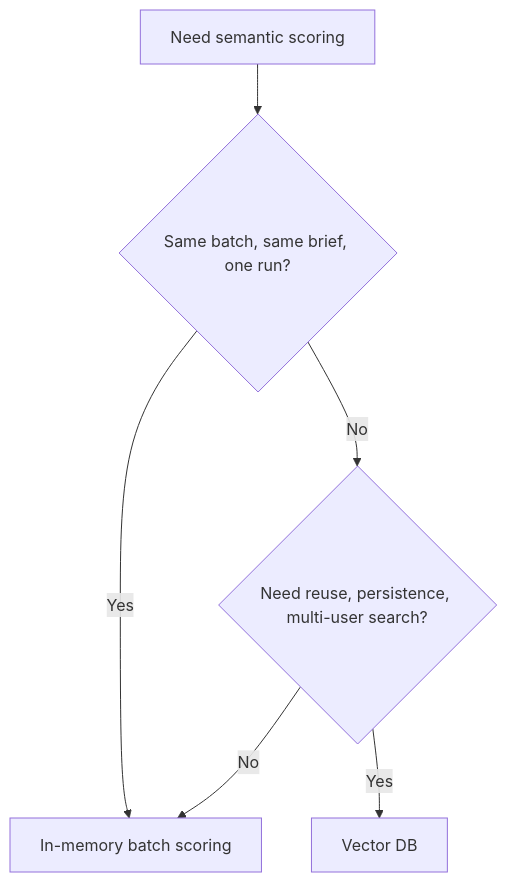
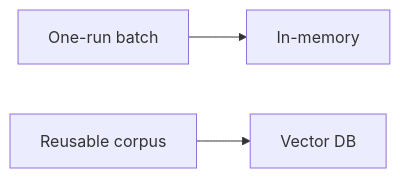
One commit to SaqlainXoas/llm-system-patterns changed the diagram in patterns/11-in-memory-batch-scoring-vs-vector-db.md. Above: the diagram before and after it, drawn with Mermaid. The commit also changed other lines of this file and 5 other files, not shown here.

````diff
--- a/patterns/11-in-memory-batch-scoring-vs-vector-db.md
+++ b/patterns/11-in-memory-batch-scoring-vs-vector-db.md
@@ -8,8 +8,5 @@
 ```mermaid
-flowchart TD
-  A[Need semantic scoring] --> B{Same batch, same brief, one run?}
-  B -->|Yes| C[In-memory batch scoring]
-  B -->|No| D{Need reuse, persistence, multi-user search?}
-  D -->|Yes| E[Vector DB]
-  D -->|No| C
+flowchart LR
+  A[One-run batch] --> B[In-memory]
+  C[Reusable corpus] --> D[Vector DB]
 ```
````
